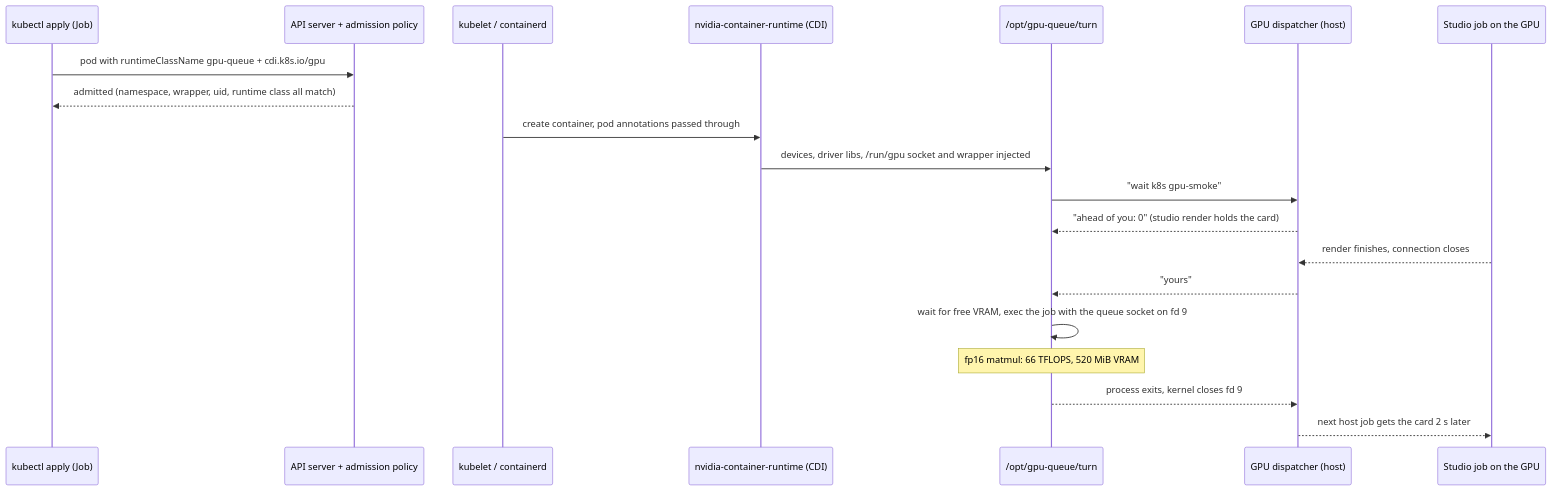
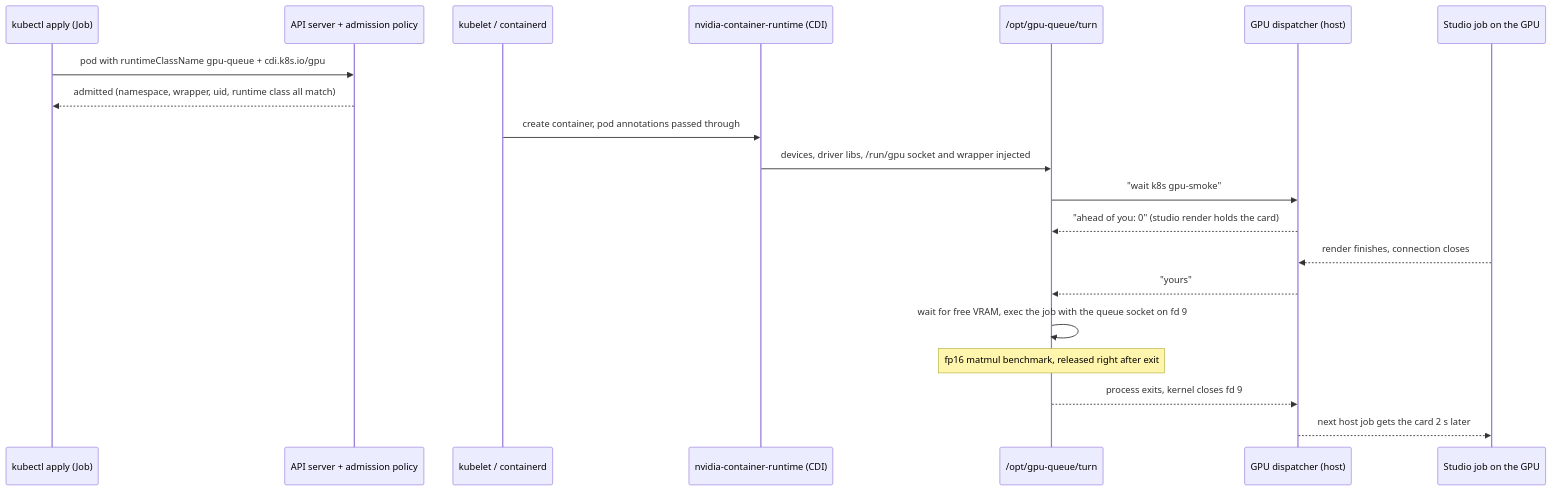
The second of 2 diagrams in docs/architecture.md (vbuyan/gpu-platform), drawn with Mermaid before and after one commit. The commit also changed other lines of this file and 14 other files, not shown here.

````diff
--- a/docs/architecture.md
+++ b/docs/architecture.md
@@ -63,23 +63,23 @@
 ```mermaid
 sequenceDiagram
   participant U as kubectl apply (Job)
   participant API as API server + admission policy
   participant K as kubelet / containerd
   participant R as nvidia-container-runtime (CDI)
   participant T as /opt/gpu-queue/turn
   participant Q as GPU dispatcher (host)
   participant S as Studio job on the GPU
 
   U->>API: pod with runtimeClassName gpu-queue + cdi.k8s.io/gpu
   API-->>U: admitted (namespace, wrapper, uid, runtime class all match)
   K->>R: create container, pod annotations passed through
   R->>T: devices, driver libs, /run/gpu socket and wrapper injected
   T->>Q: "wait k8s gpu-smoke"
   Q-->>T: "ahead of you: 0" (studio render holds the card)
   S-->>Q: render finishes, connection closes
   Q-->>T: "yours"
   T->>T: wait for free VRAM, exec the job with the queue socket on fd 9
-  Note over T: fp16 matmul: 66 TFLOPS, 520 MiB VRAM
+  Note over T: fp16 matmul benchmark, released right after exit
   T-->>Q: process exits, kernel closes fd 9
   Q-->>S: next host job gets the card 2 s later
 ```
````
